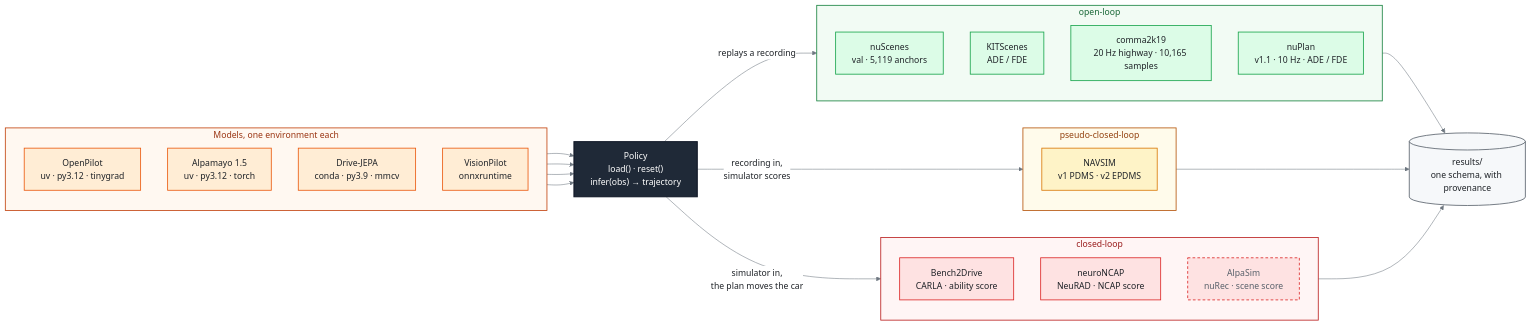
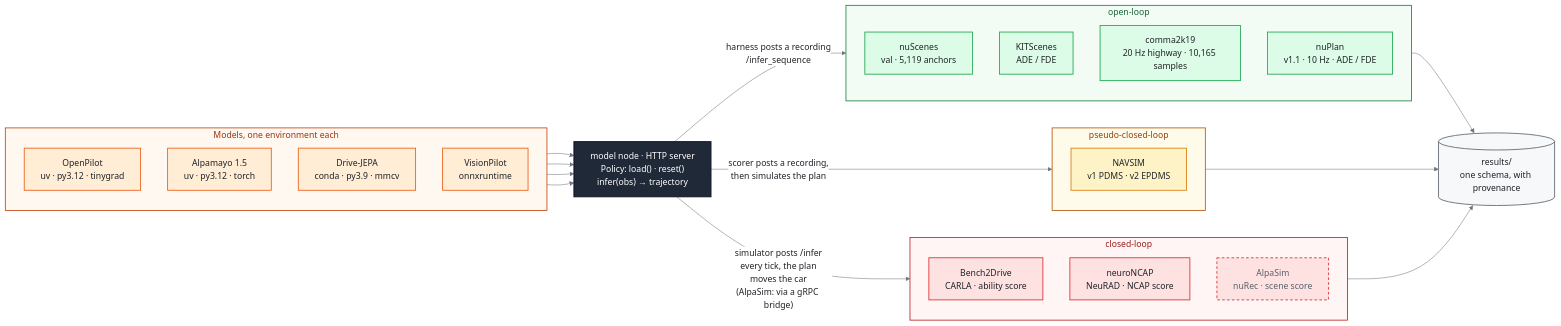
The diagram in README.md (FastCodeAI/Paddock), drawn with Mermaid before and after one commit. The commit also changed other lines of this file and 1 other file, not shown here.

First line of the commit message:
docs: the model node is the server and the benchmark side the client; AlpaSim's gRPC bridge drawn

````diff
--- a/README.md
+++ b/README.md
@@ -33,59 +36,59 @@
 ```mermaid
 %%{init: {"theme": "base", "themeVariables": {"primaryTextColor": "#1f2328", "lineColor": "#6e7781",
   "edgeLabelBackground": "#ffffff", "clusterBkg": "#ffffff", "clusterBorder": "#d0d7de"}}}%%
 flowchart LR
     subgraph models ["Models, one environment each"]
         direction TB
         op["OpenPilot<br/>uv · py3.12 · tinygrad"]
         al["Alpamayo 1.5<br/>uv · py3.12 · torch"]
         dj["Drive-JEPA<br/>conda · py3.9 · mmcv"]
         vp["VisionPilot<br/>onnxruntime"]
     end
 
-    pol["Policy<br/>load() · reset()<br/>infer(obs) → trajectory"]
+    pol["model node · HTTP server<br/>Policy: load() · reset()<br/>infer(obs) → trajectory"]
 
     subgraph open ["open-loop"]
         direction TB
         ns["nuScenes<br/>val · 5,119 anchors"]
         ks["KITScenes<br/>ADE / FDE"]
         c2k["comma2k19<br/>20 Hz highway · 10,165 samples"]
         npl["nuPlan<br/>v1.1 · 10 Hz · ADE / FDE"]
     end
     subgraph pseudo ["pseudo-closed-loop"]
         nv["NAVSIM<br/>v1 PDMS · v2 EPDMS"]
     end
     subgraph closed ["closed-loop"]
         direction TB
         b2d["Bench2Drive<br/>CARLA · ability score"]
         nc["neuroNCAP<br/>NeuRAD · NCAP score"]
         alp["AlpaSim<br/>nuRec · scene score"]
     end
 
     res[("results/<br/>one schema, with provenance")]
 
     op & al & dj & vp --> pol
-    pol -- "replays a recording" --> open
-    pol -- "recording in,<br/>simulator scores" --> pseudo
-    pol -- "simulator in,<br/>the plan moves the car" --> closed
+    pol -- "harness posts a recording<br/>/infer_sequence" --> open
+    pol -- "scorer posts a recording,<br/>then simulates the plan" --> pseudo
+    pol -- "simulator posts /infer<br/>every tick, the plan<br/>moves the car<br/>(AlpaSim: via a gRPC bridge)" --> closed
     open & pseudo & closed --> res
 
     style models fill:#fff8f1,stroke:#c2410c,stroke-width:1.5px,color:#9a3412
     style open   fill:#f2fbf4,stroke:#15803d,stroke-width:1.5px,color:#166534
     style pseudo fill:#fffbeb,stroke:#b45309,stroke-width:1.5px,color:#92400e
     style closed fill:#fff5f5,stroke:#b91c1c,stroke-width:1.5px,color:#991b1b
 
     classDef model   fill:#ffedd5,stroke:#ea580c,stroke-width:1.5px,color:#1f2328
     classDef waist   fill:#1f2937,stroke:#111827,stroke-width:2px,color:#ffffff
     classDef ol      fill:#dcfce7,stroke:#16a34a,stroke-width:1.5px,color:#1f2328
     classDef pcl     fill:#fef3c7,stroke:#d97706,stroke-width:1.5px,color:#1f2328
     classDef cl      fill:#fee2e2,stroke:#dc2626,stroke-width:1.5px,color:#1f2328
     classDef planned stroke-dasharray:5 4,color:#57606a
     classDef store   fill:#f6f8fa,stroke:#57606a,stroke-width:1.5px,color:#1f2328
     class op,al,dj,vp model
     class pol waist
     class ns,ks,c2k,npl ol
     class nv pcl
     class b2d,nc,alp cl
     class alp planned
     class res store
 ```
````
